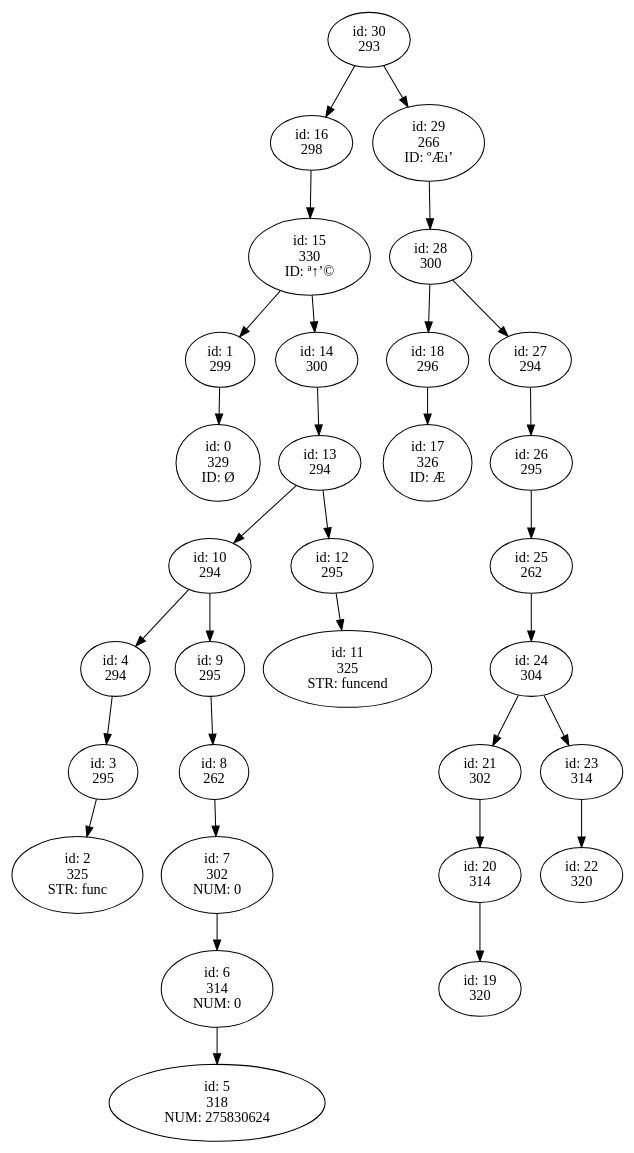
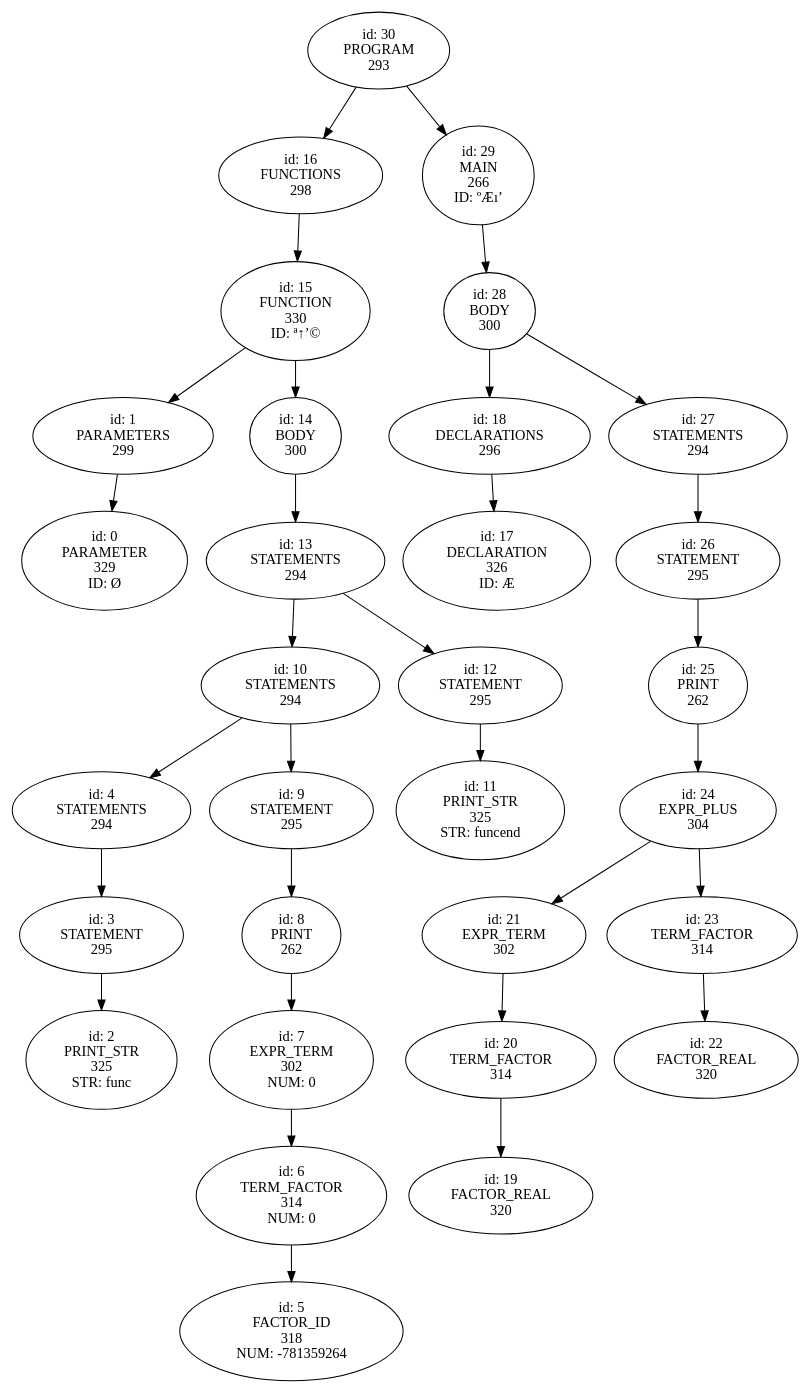
The diagram in study_project/ast.gv (Finn-Artmann/Styx), drawn with Graphviz before and after one commit. The commit also changed 6 other files, not shown here.

Commit message:
Fix node names not displayed in ast graph

```diff
--- a/study_project/ast.gv
+++ b/study_project/ast.gv
@@ -1,104 +1,135 @@
 digraph ast {
 n30 [label="id: 30
+ PROGRAM
  293"];
 n30 -> n16;
 n16 [label="id: 16
+ FUNCTIONS
  298"];
 n16 -> n15;
 n15 [label="id: 15
+ FUNCTION
  330
  ID: ª↑’©"];
 n15 -> n1;
 n1 [label="id: 1
+ PARAMETERS
  299"];
 n1 -> n0;
 n0 [label="id: 0
+ PARAMETER
  329
  ID: Ø"];
 n15 -> n14;
 n14 [label="id: 14
+ BODY
  300"];
 n14 -> n13;
 n13 [label="id: 13
+ STATEMENTS
  294"];
 n13 -> n10;
 n10 [label="id: 10
+ STATEMENTS
  294"];
 n10 -> n4;
 n4 [label="id: 4
+ STATEMENTS
  294"];
 n4 -> n3;
 n3 [label="id: 3
+ STATEMENT
  295"];
 n3 -> n2;
 n2 [label="id: 2
+ PRINT_STR
  325
  STR: func"];
 n10 -> n9;
 n9 [label="id: 9
+ STATEMENT
  295"];
 n9 -> n8;
 n8 [label="id: 8
+ PRINT
  262"];
 n8 -> n7;
 n7 [label="id: 7
+ EXPR_TERM
  302
  NUM: 0"];
 n7 -> n6;
 n6 [label="id: 6
+ TERM_FACTOR
  314
  NUM: 0"];
 n6 -> n5;
 n5 [label="id: 5
+ FACTOR_ID
  318
- NUM: 275830624"];
+ NUM: -781359264"];
 n13 -> n12;
 n12 [label="id: 12
+ STATEMENT
  295"];
 n12 -> n11;
 n11 [label="id: 11
+ PRINT_STR
  325
  STR: funcend
 "];
 n30 -> n29;
 n29 [label="id: 29
+ MAIN
  266
  ID: ºÆı’"];
 n29 -> n28;
 n28 [label="id: 28
+ BODY
  300"];
 n28 -> n18;
 n18 [label="id: 18
+ DECLARATIONS
  296"];
 n18 -> n17;
 n17 [label="id: 17
+ DECLARATION
  326
  ID: Æ"];
 n28 -> n27;
 n27 [label="id: 27
+ STATEMENTS
  294"];
 n27 -> n26;
 n26 [label="id: 26
+ STATEMENT
  295"];
 n26 -> n25;
 n25 [label="id: 25
+ PRINT
  262"];
 n25 -> n24;
 n24 [label="id: 24
+ EXPR_PLUS
  304"];
 n24 -> n21;
 n21 [label="id: 21
+ EXPR_TERM
  302"];
 n21 -> n20;
 n20 [label="id: 20
+ TERM_FACTOR
  314"];
 n20 -> n19;
 n19 [label="id: 19
+ FACTOR_REAL
  320"];
 n24 -> n23;
 n23 [label="id: 23
+ TERM_FACTOR
  314"];
 n23 -> n22;
 n22 [label="id: 22
+ FACTOR_REAL
  320"];
 }
```
